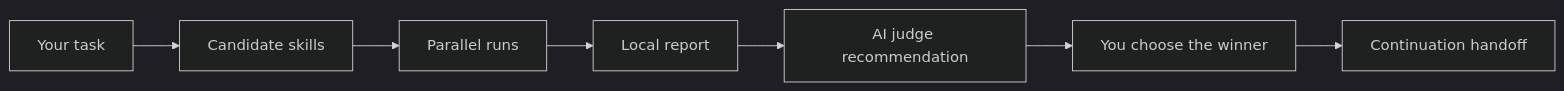
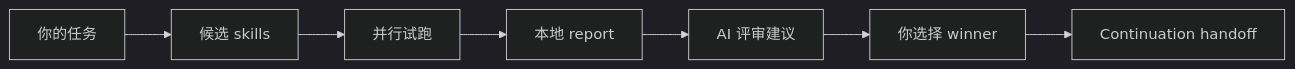
One commit to Jayden-X-L/forkprobe changed the diagram in README.md. Above: the diagram before and after it, drawn with Mermaid (dark theme). The commit also changed other lines of this file and 3 other files, not shown here.

````diff
--- a/README.md
+++ b/README.md
@@ -34,9 +34,9 @@
 ```mermaid
 flowchart LR
-  A["Your task"] --> B["Candidate skills"]
-  B --> C["Parallel runs"]
-  C --> D["Local report"]
-  D --> E["AI judge recommendation"]
-  E --> F["You choose the winner"]
+  A["你的任务"] --> B["候选 skills"]
+  B --> C["并行试跑"]
+  C --> D["本地 report"]
+  D --> E["AI 评审建议"]
+  E --> F["你选择 winner"]
   F --> G["Continuation handoff"]
 ```
````
